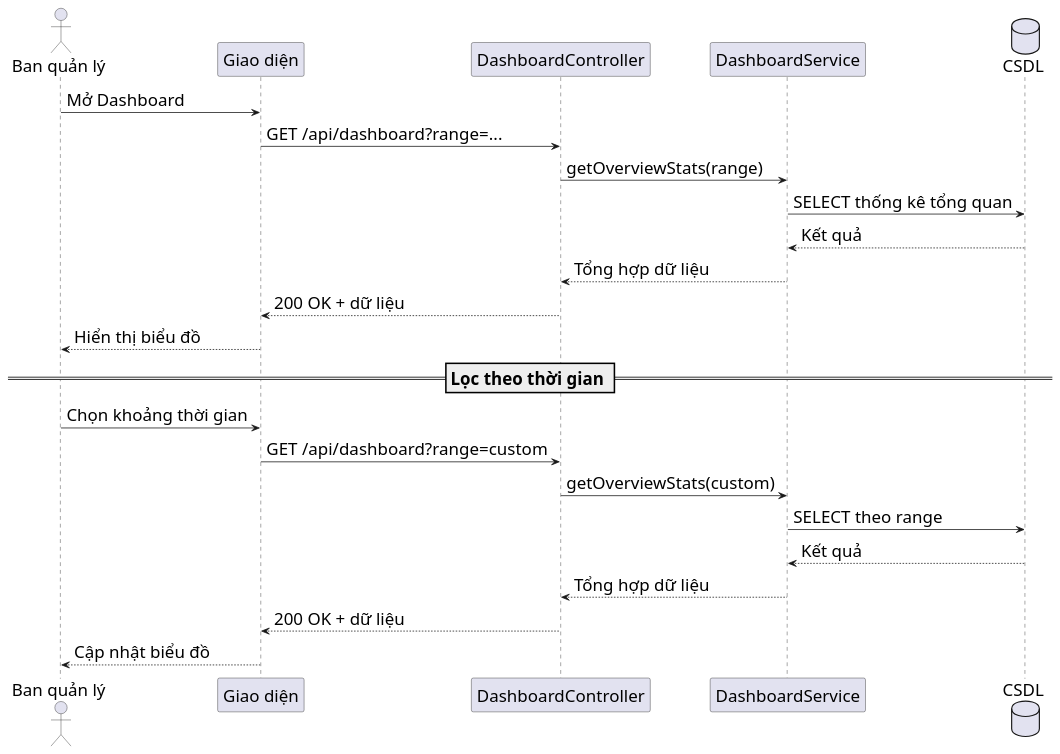
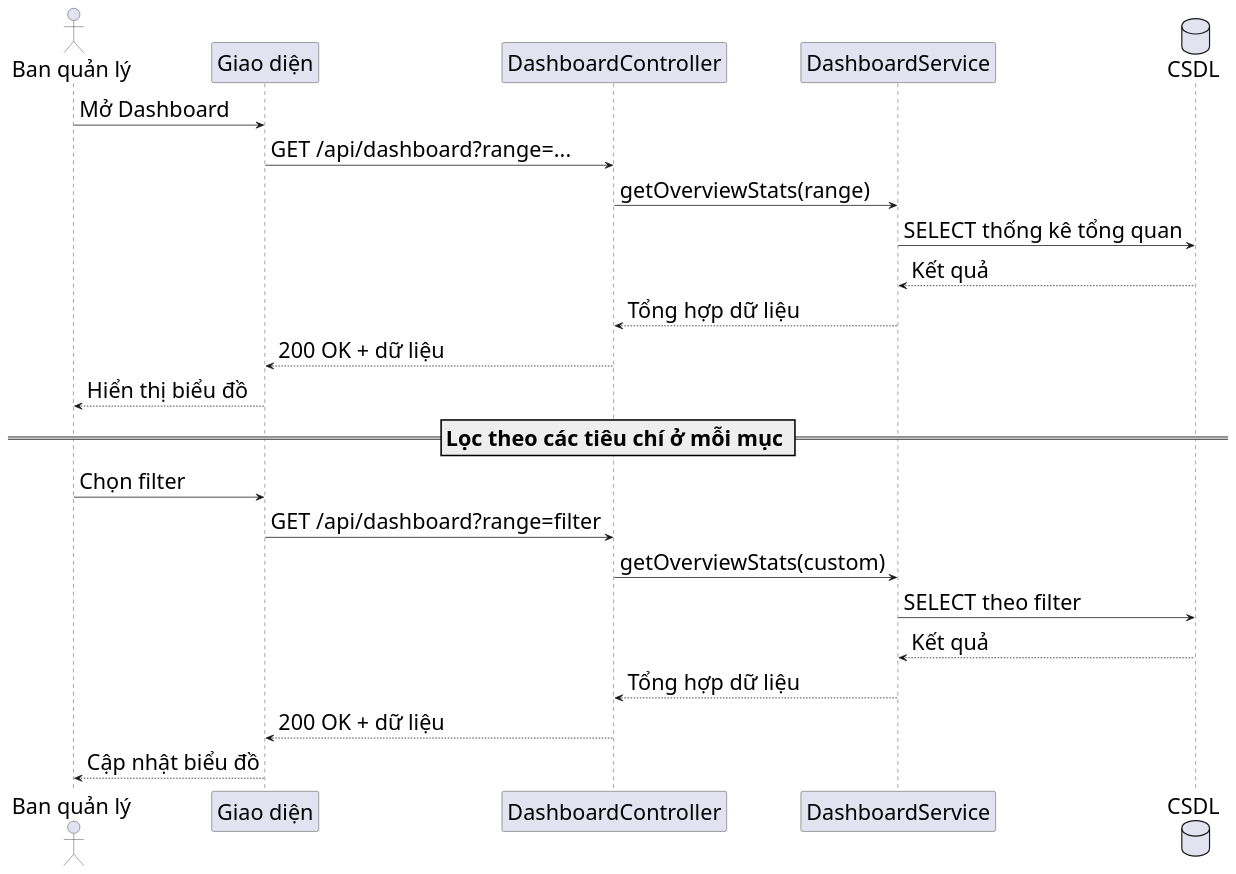
One commit to s0nbuildtech287/dormitory-frontend changed the diagram in diagrams/nhomdashboard/dashboard_view_sequence.puml. Above: the diagram before and after it, drawn with PlantUML. The commit also changed 5 other files, not shown here.

```diff
--- a/diagrams/nhomdashboard/dashboard_view_sequence.puml
+++ b/diagrams/nhomdashboard/dashboard_view_sequence.puml
@@ -1,29 +1,29 @@
 @startuml "Dashboard View Sequence"
-skinparam defaultFontSize 22
+skinparam defaultFontSize 28
 skinparam defaultFontName "Times New Roman"
-skinparam sequenceMessageSize 22
+skinparam sequenceMessageSize 28
 actor "Ban quản lý" as Admin
 participant "Giao diện" as FE
 participant "DashboardController" as DashC
 participant "DashboardService" as DashS
 database "CSDL" as DB
 
 Admin -> FE: Mở Dashboard
 FE -> DashC: GET /api/dashboard?range=...
 DashC -> DashS: getOverviewStats(range)
 DashS -> DB: SELECT thống kê tổng quan
 DB --> DashS: Kết quả
 DashS --> DashC: Tổng hợp dữ liệu
 DashC --> FE: 200 OK + dữ liệu
 FE --> Admin: Hiển thị biểu đồ
 
-== Lọc theo thời gian ==
-Admin -> FE: Chọn khoảng thời gian
-FE -> DashC: GET /api/dashboard?range=custom
+== Lọc theo các tiêu chí ở mỗi mục ==
+Admin -> FE: Chọn filter  
+FE -> DashC: GET /api/dashboard?range=filter
 DashC -> DashS: getOverviewStats(custom)
-DashS -> DB: SELECT theo range
+DashS -> DB: SELECT theo filter
 DB --> DashS: Kết quả
 DashS --> DashC: Tổng hợp dữ liệu
 DashC --> FE: 200 OK + dữ liệu
 FE --> Admin: Cập nhật biểu đồ
 @enduml
```
